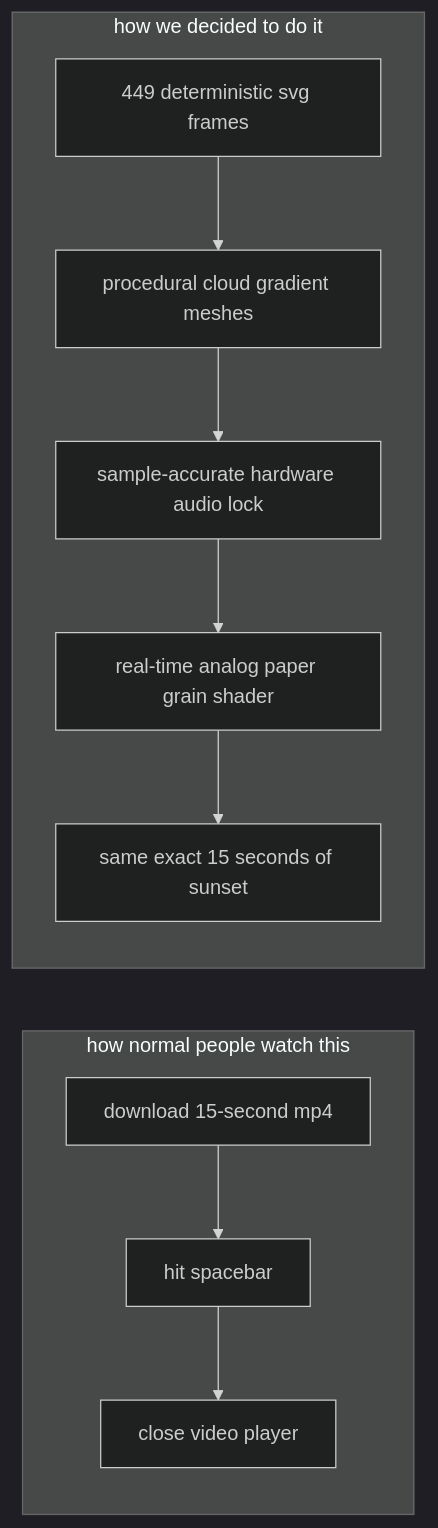
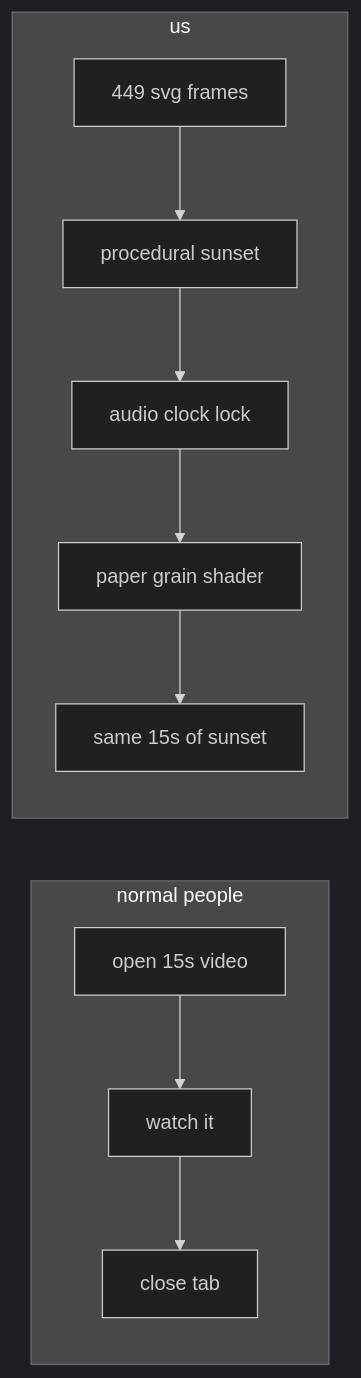
Before and after one commit to MdKasif0/No-Context: the first of 4 diagrams in README.md, drawn with Mermaid (dark theme). The commit also changed other lines of this file, not shown here.

````diff
--- a/README.md
+++ b/README.md
@@ -19,13 +22,13 @@
 ```mermaid
 graph LR
-    subgraph normal_approach["how normal people watch this"]
-        A["download 15-second mp4"] --> B["hit spacebar"] --> C["close video player"]
+    subgraph normal_people["normal people"]
+        A["open 15s video"] --> B["watch it"] --> C["close tab"]
     end
 
-    subgraph our_approach["how we decided to do it"]
-        D["449 deterministic svg frames"] --> E["procedural cloud gradient meshes"]
-        E --> F["sample-accurate hardware audio lock"]
-        F --> G["real-time analog paper grain shader"]
-        G --> H["same exact 15 seconds of sunset"]
+    subgraph us["us"]
+        D["449 svg frames"] --> E["procedural sunset"]
+        E --> F["audio clock lock"]
+        F --> G["paper grain shader"]
+        G --> H["same 15s of sunset"]
     end
 ```
````
